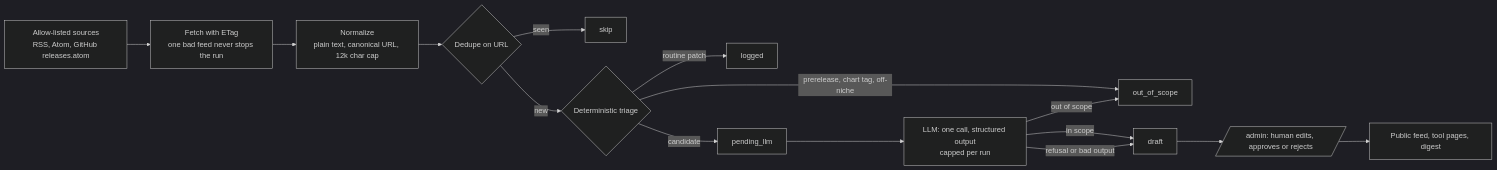
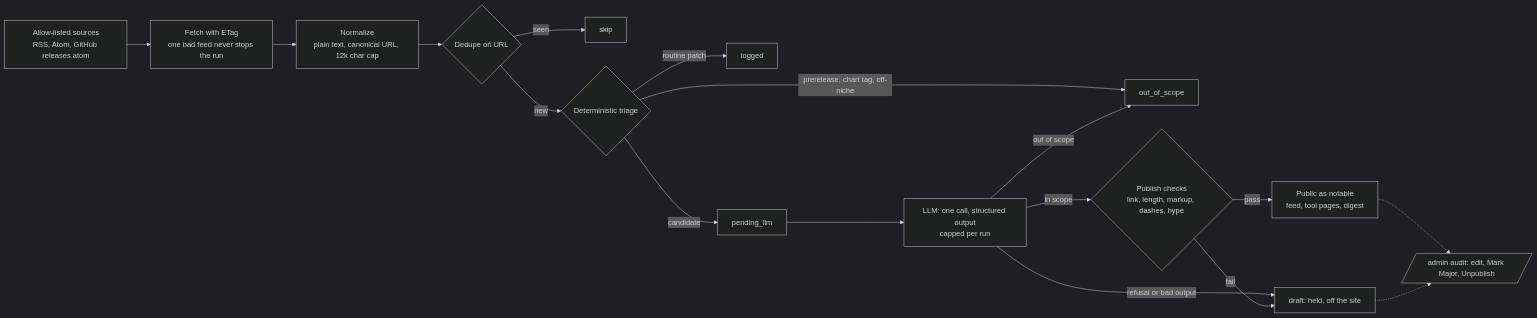
Before and after one commit to absolutered03/sfdx-falcon: the second of 2 diagrams in platformchangelog/docs/02-product-and-architecture.md, drawn with Mermaid (dark theme). The commit also changed other lines of this file and 18 other files, not shown here.

First line of the commit message:
Publish feed items without human review, behind three safeguards

````diff
--- a/platformchangelog/docs/02-product-and-architecture.md
+++ b/platformchangelog/docs/02-product-and-architecture.md
@@ -63,17 +63,19 @@
 ```mermaid
 flowchart LR
   A[Allow-listed sources<br/>RSS, Atom, GitHub releases.atom] --> B[Fetch with ETag<br/>one bad feed never stops the run]
   B --> C[Normalize<br/>plain text, canonical URL, 12k char cap]
   C --> D{Dedupe on URL}
   D -- seen --> X[skip]
   D -- new --> E{Deterministic triage}
   E -- prerelease, chart tag, off-niche --> O[out_of_scope]
   E -- routine patch --> L[logged]
   E -- candidate --> P[pending_llm]
   P --> F[LLM: one call, structured output<br/>capped per run]
-  F -- in scope --> G[draft]
+  F -- in scope --> K{Publish checks<br/>link, length, markup, dashes, hype}
   F -- out of scope --> O
-  F -- refusal or bad output --> G
-  G --> H[/admin: human edits, approves or rejects/]
-  H --> I[Public feed, tool pages, digest]
+  F -- refusal or bad output --> G[draft: held, off the site]
+  K -- fail --> G
+  K -- pass --> I[Public as notable<br/>feed, tool pages, digest]
+  I -.-> H[/admin audit: edit, Mark Major, Unpublish/]
+  G -.-> H
 ```
````
